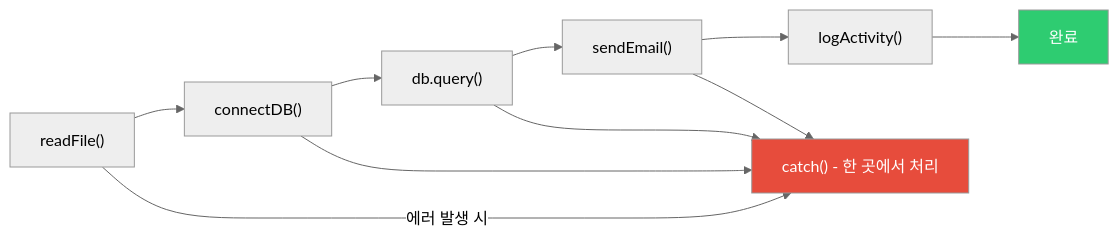
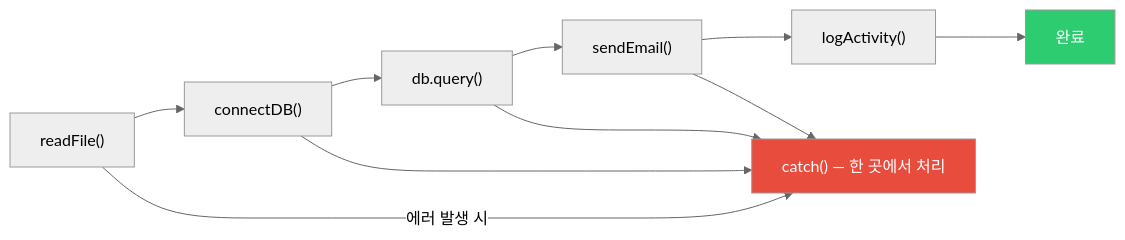
One commit to yjkim2015/yjkim2015.github.io changed the third of 6 diagrams in _posts/frontend/2026-05-02-js-async.md. Above: the diagram before and after it, drawn with Mermaid (neutral theme). The commit also changed other lines of this file and 122 other files, not shown here.

````diff
--- a/_posts/frontend/2026-05-02-js-async.md
+++ b/_posts/frontend/2026-05-02-js-async.md
@@ -184,15 +168,15 @@
 ```mermaid
 flowchart LR
     RF["readFile()"] --> CB["connectDB()"]
     CB --> Q["db.query()"]
     Q --> SE["sendEmail()"]
     SE --> LA["logActivity()"]
     LA --> DONE["완료"]
-    RF -->|"에러 발생 시"| ERR["catch() - 한 곳에서 처리"]
+    RF -->|"에러 발생 시"| ERR["catch() — 한 곳에서 처리"]
     CB --> ERR
     Q --> ERR
     SE --> ERR
 
     style DONE fill:#2ecc71,color:#fff
     style ERR fill:#e74c3c,color:#fff
 ```
````
